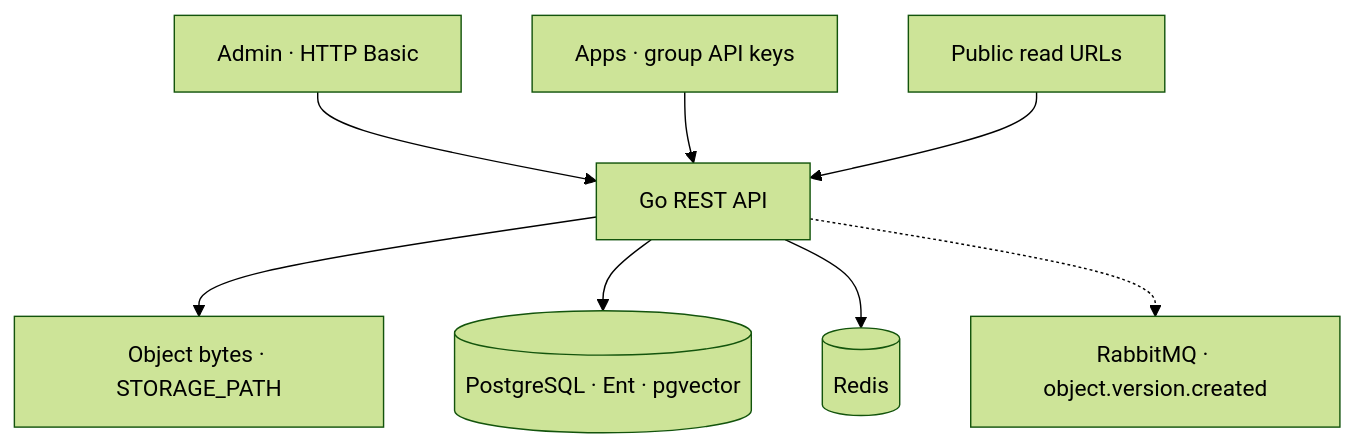
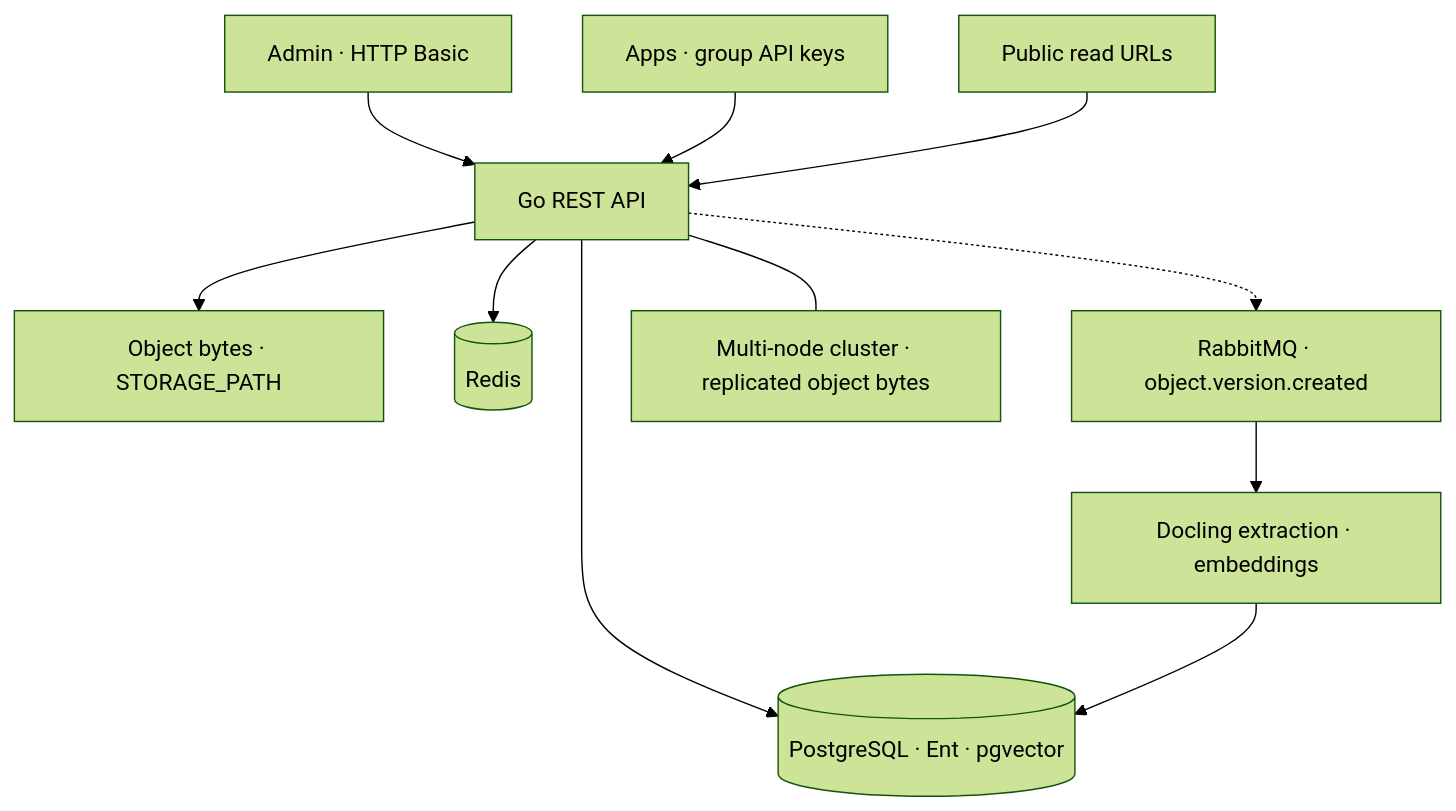
One commit to alouani-youssef/portfolio changed the diagram in src/content/projects/en/archio.mdx. Above: the diagram before and after it, drawn with Mermaid (forest theme). The commit also changed other lines of this file and 2 other files, not shown here.

Commit message:
feat: present archio's ha cluster and docling semantic search as built, matching its card

````diff
--- a/src/content/projects/en/archio.mdx
+++ b/src/content/projects/en/archio.mdx
@@ -34,10 +36,13 @@
 ```mermaid
 flowchart TB
   admin[Admin · HTTP Basic] --> api[Go REST API]
   apps[Apps · group API keys] --> api
   pub[Public read URLs] --> api
   api --> bytes[Object bytes · STORAGE_PATH]
   api --> pg[(PostgreSQL · Ent · pgvector)]
   api --> redis[(Redis)]
   api -.-> mq[RabbitMQ · object.version.created]
+  mq --> docling[Docling extraction · embeddings]
+  docling --> pg
+  api --- cluster[Multi-node cluster · replicated object bytes]
 ```
````
